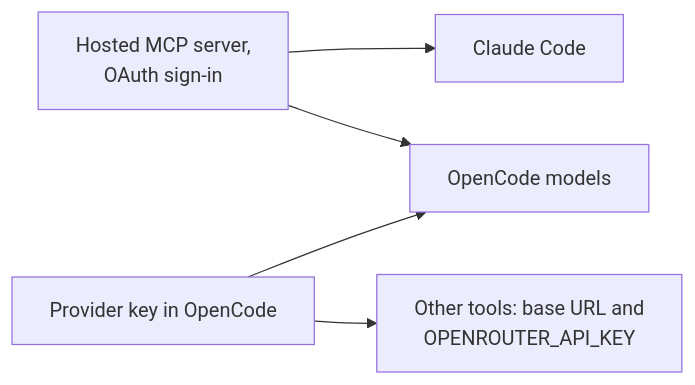
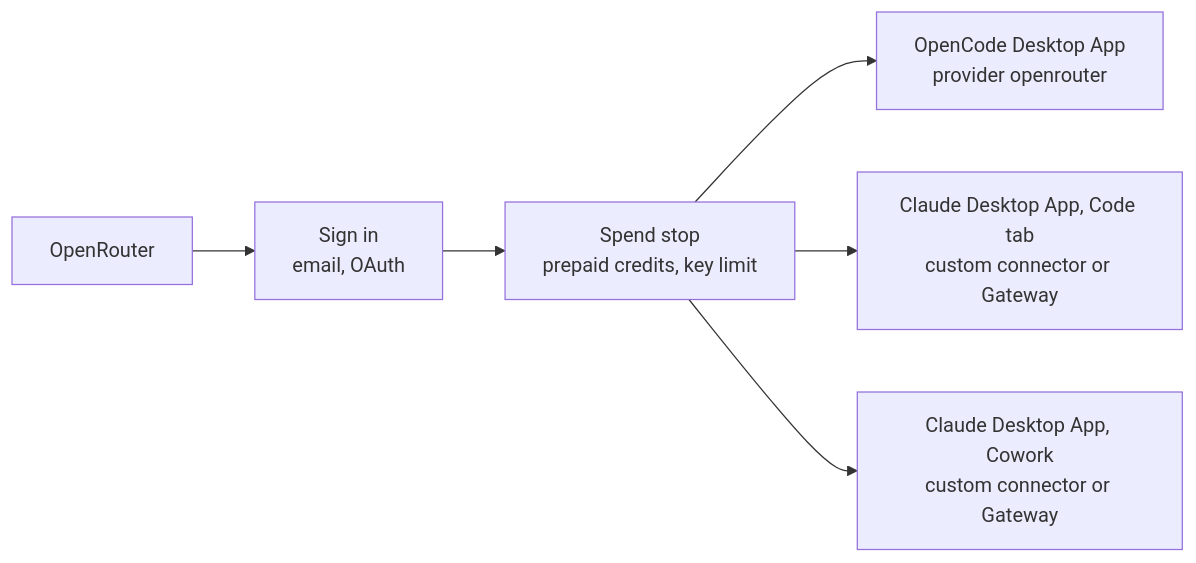
Before and after one commit to SoulCraft-Org/compute-crafter: the diagram in guides/openrouter.md, drawn with Mermaid. The commit also changed other lines of this file and 8 other files, not shown here.

First line of the commit message:
🎨 Guides batch 1: visual first, two desktop apps (index, Ollama, OpenRouter, Hugging Face) (#193)

````diff
--- a/guides/openrouter.md
+++ b/guides/openrouter.md
@@ -9,7 +5,7 @@
 ```mermaid
 flowchart LR
-  M[Hosted MCP server,<br/>OAuth sign-in] --> C[Claude Code]
-  K[Provider key in OpenCode] --> O[OpenCode models]
-  M --> O
-  K --> X[Other tools: base URL and<br/>OPENROUTER_API_KEY]
+  P[OpenRouter] --> S[Sign in<br/>email, OAuth] --> G[Spend stop<br/>prepaid credits, key limit]
+  G --> O[OpenCode Desktop App<br/>provider openrouter]
+  G --> C[Claude Desktop App, Code tab<br/>custom connector or Gateway]
+  G --> W[Claude Desktop App, Cowork<br/>custom connector or Gateway]
 ```
````
